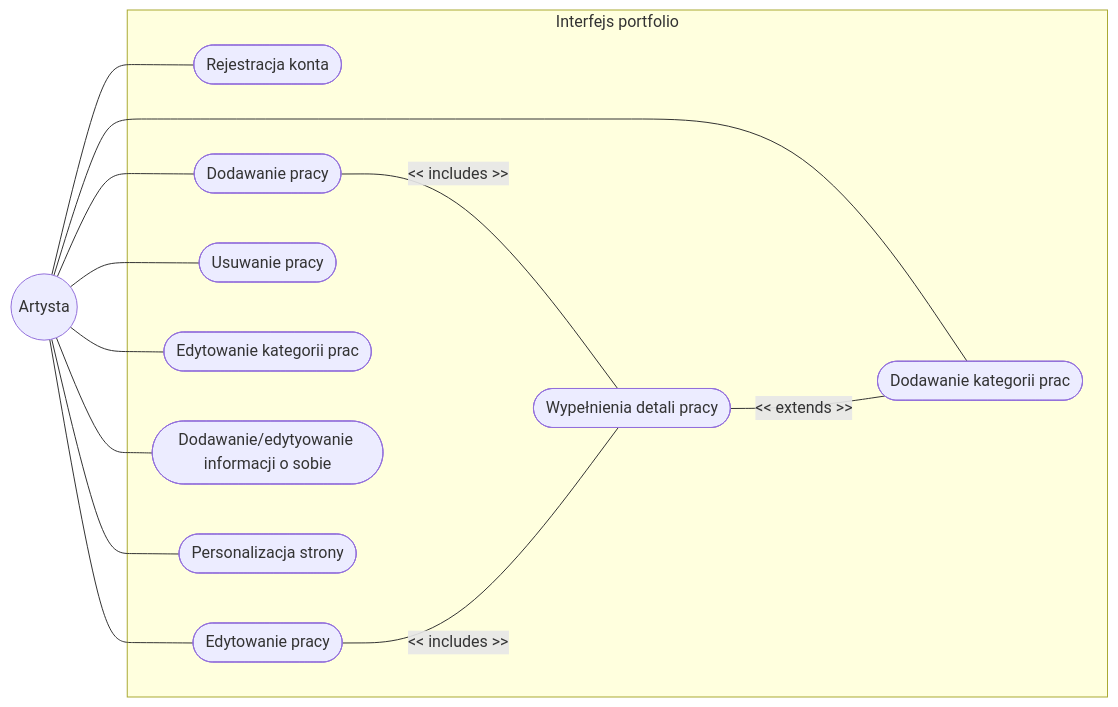
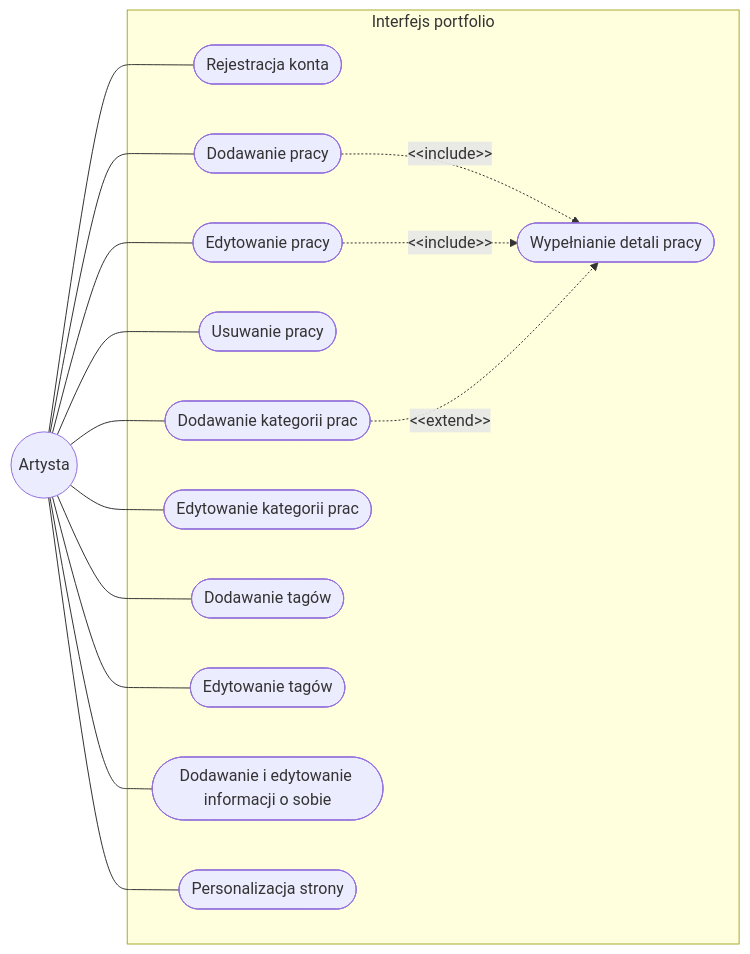
The second of 2 diagrams in general/md/przypadki_uzycia.md (artsea-project/notes), drawn with Mermaid before and after one commit. The commit also changed other lines of this file and 3 other files, not shown here.

````diff
--- a/general/md/przypadki_uzycia.md
+++ b/general/md/przypadki_uzycia.md
@@ -24,28 +22,33 @@
 ```mermaid
 flowchart LR
     Artysta((Artysta))
 
     subgraph ArtSea [Interfejs portfolio]
         PU4([Rejestracja konta])
         PU5([Dodawanie pracy])
         PU6([Edytowanie pracy])
-        PU7([Wypełnienia detali pracy])
+        PU7([Wypełnianie detali pracy])
         PU8([Usuwanie pracy])
         PU9([Dodawanie kategorii prac])
         PU10([Edytowanie kategorii prac])
-        PU11([Dodawanie/edytyowanie informacji o sobie])
-        PU12([Personalizacja strony])
+        PU11([Dodawanie tagów])
+        PU12([Edytowanie tagów])
+        PU13([Dodawanie i edytowanie informacji o sobie])
+        PU14([Personalizacja strony])
     end
 
     Artysta --- PU4
     Artysta --- PU5
     Artysta --- PU6
     Artysta --- PU8
     Artysta --- PU9
     Artysta --- PU10
     Artysta --- PU11
     Artysta --- PU12
-    PU5 --- | << includes >> | PU7
-    PU6 --- | << includes >> | PU7
-    PU7 --- | << extends >> | PU9
+    Artysta --- PU13
+    Artysta --- PU14
+
+    PU5 -.->|"&lt;&lt;include&gt;&gt;"| PU7
+    PU6 -.->|"&lt;&lt;include&gt;&gt;"| PU7
+    PU9 -.->|"&lt;&lt;extend&gt;&gt;"| PU7
 ```
````
